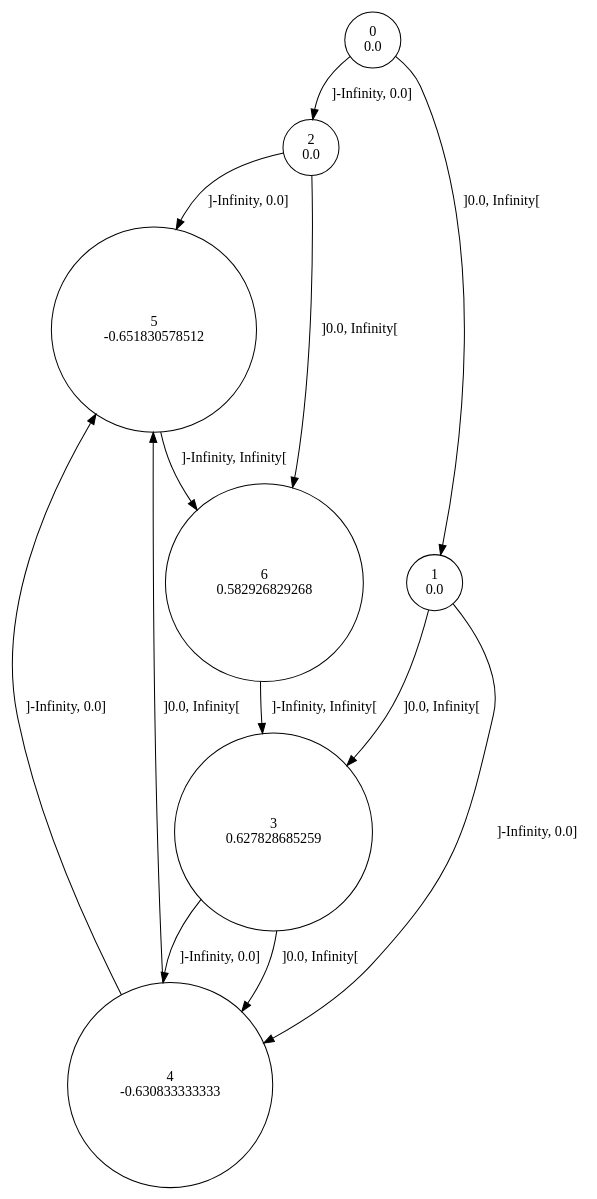
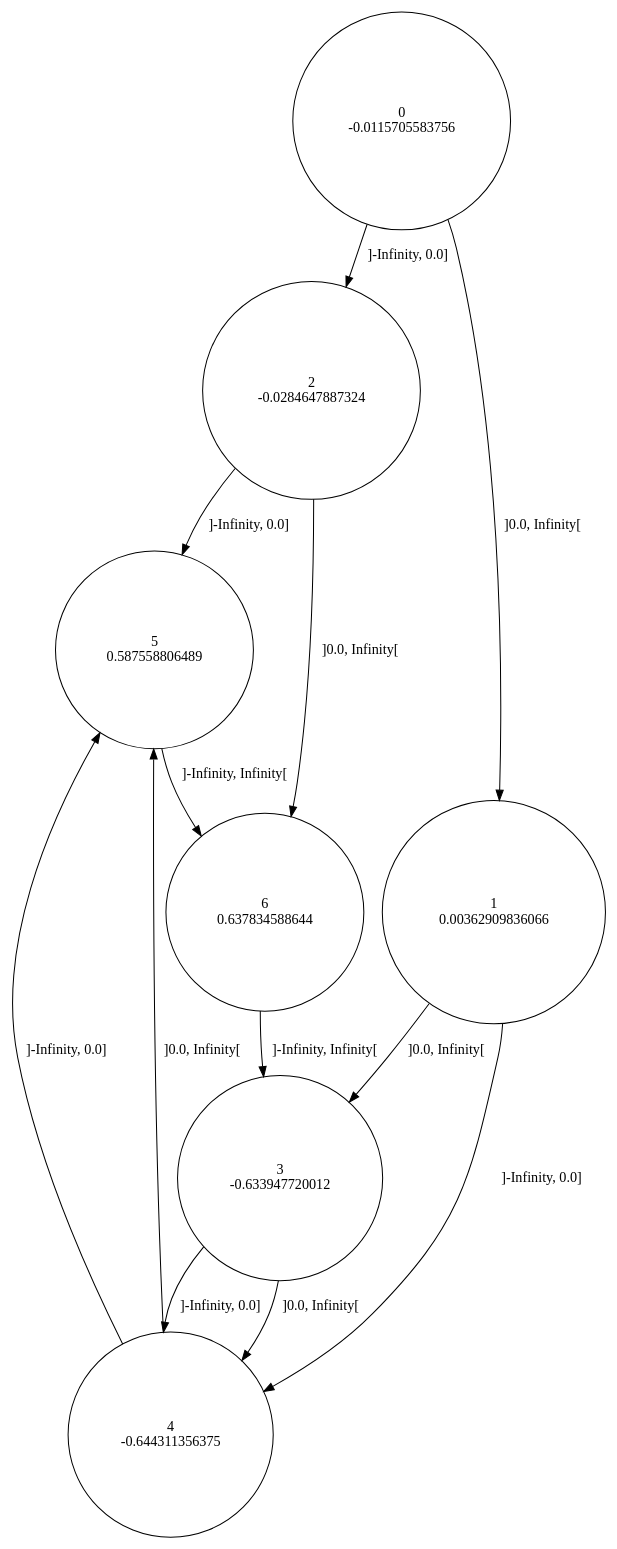
The diagram in sinus/data/6/rtisy.dot (gllpellegrino/RAI_experiments), drawn with Graphviz before and after one commit. The commit also changed 25 other files, not shown here.

```diff
--- a/sinus/data/6/rtisy.dot
+++ b/sinus/data/6/rtisy.dot
@@ -1,21 +1,21 @@
 digraph a {
-0 [shape=circle, label="0\n0.0"];
+0 [shape=circle, label="0\n-0.0115705583756"];
 	0 -> 2 [label="]-Infinity, 0.0]"];
 	0 -> 1 [label="]0.0, Infinity["];
-1 [shape=circle, label="1\n0.0"];
+1 [shape=circle, label="1\n0.00362909836066"];
 	1 -> 4 [label="]-Infinity, 0.0]"];
 	1 -> 3 [label="]0.0, Infinity["];
-2 [shape=circle, label="2\n0.0"];
+2 [shape=circle, label="2\n-0.0284647887324"];
 	2 -> 5 [label="]-Infinity, 0.0]"];
 	2 -> 6 [label="]0.0, Infinity["];
-3 [shape=circle, label="3\n0.627828685259"];
+3 [shape=circle, label="3\n-0.633947720012"];
 	3 -> 4 [label="]-Infinity, 0.0]"];
 	3 -> 4 [label="]0.0, Infinity["];
-4 [shape=circle, label="4\n-0.630833333333"];
+4 [shape=circle, label="4\n-0.644311356375"];
 	4 -> 5 [label="]-Infinity, 0.0]"];
 	4 -> 5 [label="]0.0, Infinity["];
-5 [shape=circle, label="5\n-0.651830578512"];
+5 [shape=circle, label="5\n0.587558806489"];
 	5 -> 6 [label="]-Infinity, Infinity["];
-6 [shape=circle, label="6\n0.582926829268"];
+6 [shape=circle, label="6\n0.637834588644"];
 	6 -> 3 [label="]-Infinity, Infinity["];
 }
```
